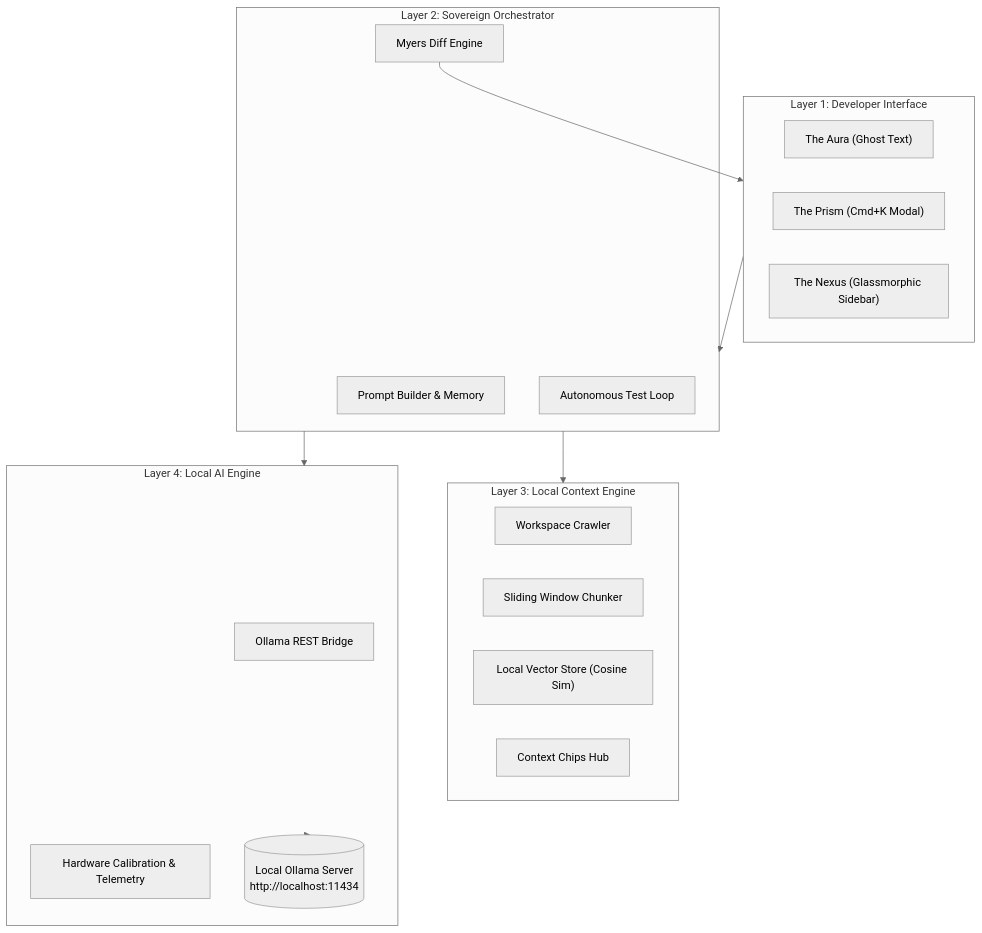
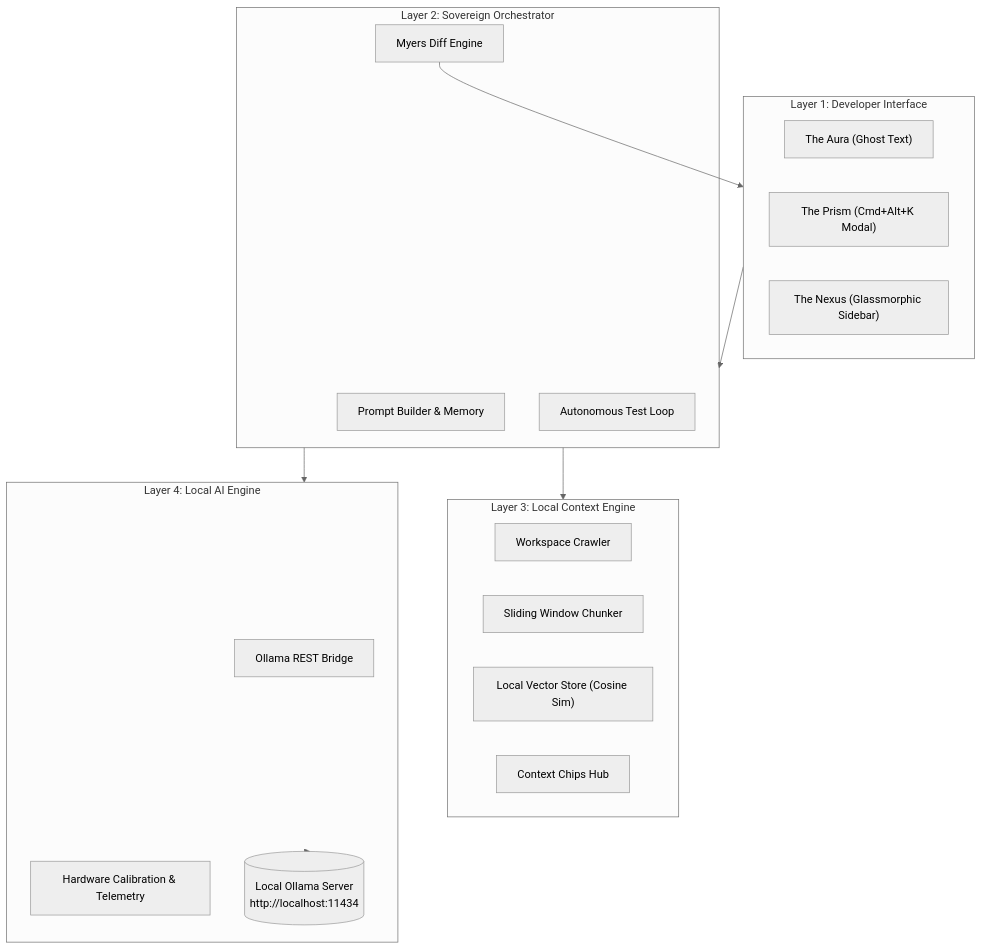
Before and after one commit to Garvit-821/Lumina: the diagram in readme.md, drawn with Mermaid (neutral theme). The commit also changed other lines of this file, not shown here.

Commit message:
docs: update Prism shortcut to Cmd+Alt+K in readme

````diff
--- a/readme.md
+++ b/readme.md
@@ -130,33 +130,33 @@
 ```mermaid
 flowchart TB
     subgraph UI ["Layer 1: Developer Interface"]
         Aura["The Aura (Ghost Text)"]
-        Prism["The Prism (Cmd+K Modal)"]
+        Prism["The Prism (Cmd+Alt+K Modal)"]
         Nexus["The Nexus (Glassmorphic Sidebar)"]
     end
 
     subgraph Core ["Layer 2: Sovereign Orchestrator"]
         PromptBuilder["Prompt Builder & Memory"]
         AutoLoop["Autonomous Test Loop"]
         DiffEngine["Myers Diff Engine"]
     end
 
     subgraph Context ["Layer 3: Local Context Engine"]
         Crawler["Workspace Crawler"]
         Chunker["Sliding Window Chunker"]
         VectorStore["Local Vector Store (Cosine Sim)"]
         Chips["Context Chips Hub"]
     end
 
     subgraph Inference ["Layer 4: Local AI Engine"]
         Bridge["Ollama REST Bridge"]
         Calib["Hardware Calibration & Telemetry"]
         OllamaServer[("Local Ollama Server\nhttp://localhost:11434")]
     end
 
     UI --> Core
     Core --> Context
     Core --> Inference
     Inference --> OllamaServer
     DiffEngine --> UI
 ```
````
